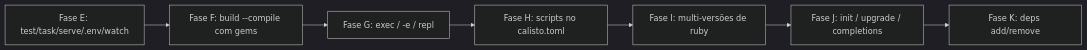
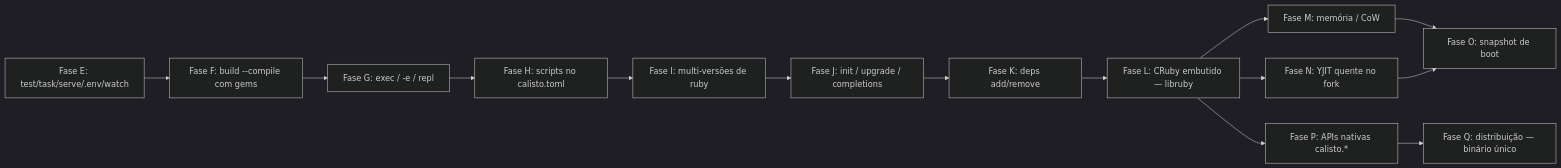
The diagram in ROADMAP.md (felipebrgs1/ruby-rust), drawn with Mermaid (dark theme) before and after one commit. The commit also changed other lines of this file, not shown here.

Commit message:
docs: update roadmap with Phases L–Q focused on CRuby embedding and runtime performance

````diff
--- a/ROADMAP.md
+++ b/ROADMAP.md
@@ -9,9 +9,16 @@
 ```mermaid
 graph LR
     E[Fase E: test/task/serve/.env/watch] --> F[Fase F: build --compile com gems]
     F --> G[Fase G: exec / -e / repl]
     G --> H[Fase H: scripts no calisto.toml]
     H --> I[Fase I: multi-versões de ruby]
     I --> J[Fase J: init / upgrade / completions]
     J --> K[Fase K: deps add/remove]
+    K --> L[Fase L: CRuby embutido — libruby]
+    L --> M[Fase M: memória / CoW]
+    L --> N[Fase N: YJIT quente no fork]
+    L --> P[Fase P: APIs nativas calisto.*]
+    M --> O[Fase O: snapshot de boot]
+    N --> O
+    P --> Q[Fase Q: distribuição — binário único]
 ```
````
